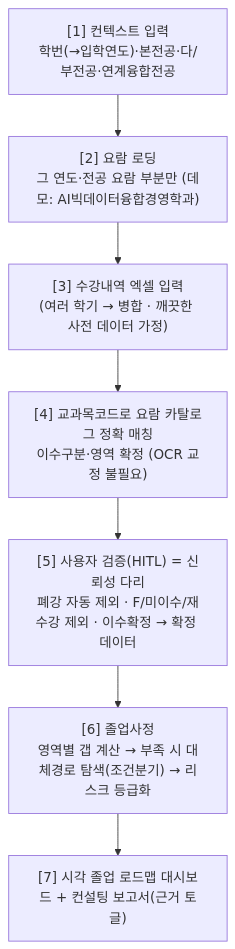
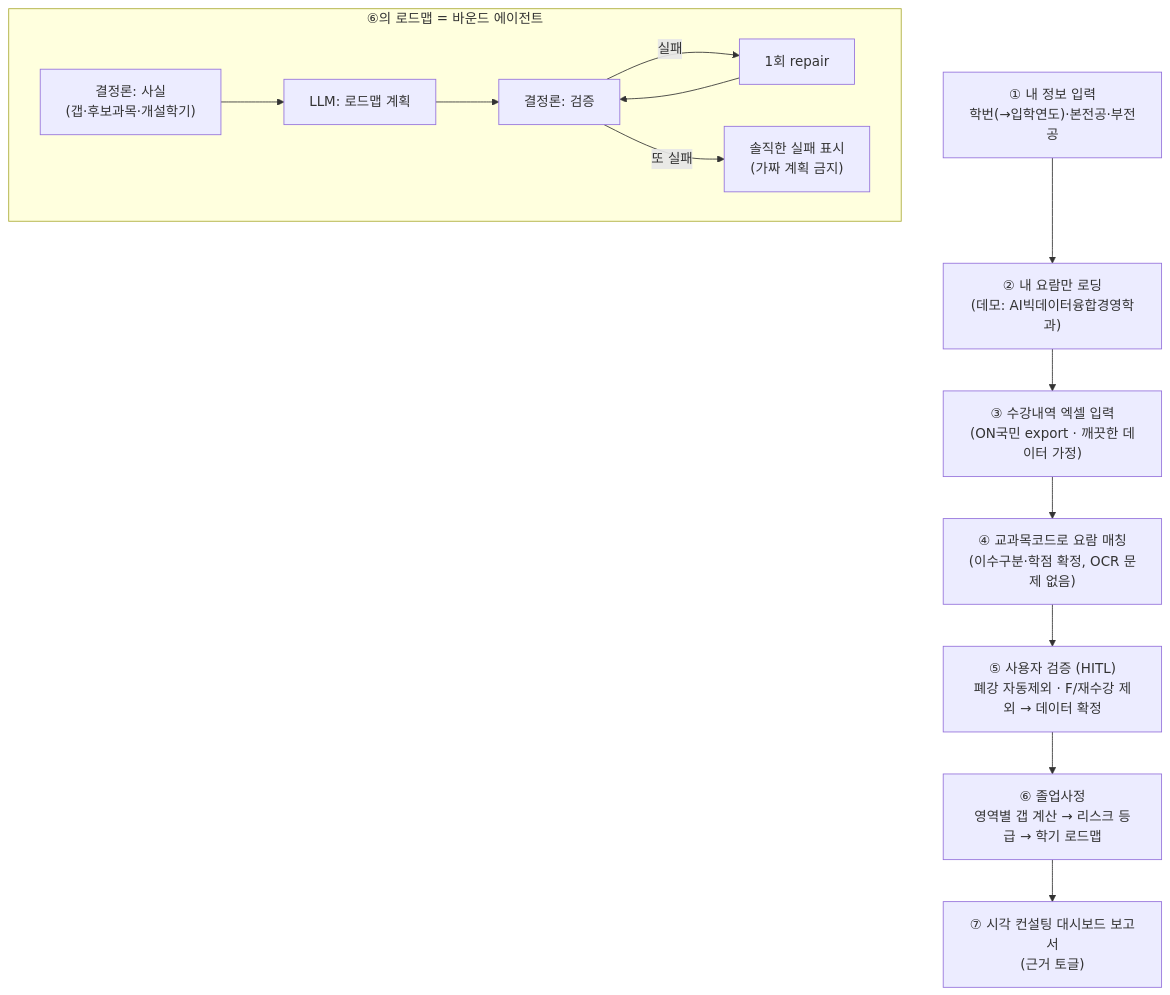
The diagram in docs/graduation_center_direction.md (ChaeYeonKim0204/kmu-campus-life-action-agent), drawn with Mermaid before and after one commit. The commit also changed other lines of this file and 1 other file, not shown here.

````diff
--- a/docs/graduation_center_direction.md
+++ b/docs/graduation_center_direction.md
@@ -62,9 +38,16 @@
 ```mermaid
 flowchart TD
-    C1["[1] 컨텍스트 입력<br/>학번(→입학연도)·본전공·다/부전공·연계융합전공"] --> C2["[2] 요람 로딩<br/>그 연도·전공 요람 부분만 (데모: AI빅데이터융합경영학과)"]
-    C2 --> C3["[3] 수강내역 엑셀 입력<br/>(여러 학기 → 병합 · 깨끗한 사전 데이터 가정)"]
-    C3 --> C4["[4] 교과목코드로 요람 카탈로그 정확 매칭<br/>이수구분·영역 확정 (OCR 교정 불필요)"]
-    C4 --> C5["[5] 사용자 검증(HITL) = 신뢰성 다리<br/>폐강 자동 제외 · F/미이수/재수강 제외 · 이수확정 → 확정 데이터"]
-    C5 --> C6["[6] 졸업사정<br/>영역별 갭 계산 → 부족 시 대체경로 탐색(조건분기) → 리스크 등급화"]
-    C6 --> C7["[7] 시각 졸업 로드맵 대시보드 + 컨설팅 보고서(근거 토글)"]
+    A["① 내 정보 입력<br/>학번(→입학연도)·본전공·부전공"] --> B["② 내 요람만 로딩<br/>(데모: AI빅데이터융합경영학과)"]
+    B --> C["③ 수강내역 엑셀 입력<br/>(ON국민 export · 깨끗한 데이터 가정)"]
+    C --> D["④ 교과목코드로 요람 매칭<br/>(이수구분·학점 확정, OCR 문제 없음)"]
+    D --> E["⑤ 사용자 검증 (HITL)<br/>폐강 자동제외 · F/재수강 제외 → 데이터 확정"]
+    E --> F["⑥ 졸업사정<br/>영역별 갭 계산 → 리스크 등급 → 학기 로드맵"]
+    F --> G["⑦ 시각 컨설팅 대시보드 보고서<br/>(근거 토글)"]
+
+    subgraph 핵심["⑥의 로드맵 = 바운드 에이전트"]
+        direction LR
+        H["결정론: 사실<br/>(갭·후보과목·개설학기)"] --> I["LLM: 로드맵 계획"] --> J["결정론: 검증"]
+        J -->|실패| K["1회 repair"] --> J
+        J -->|또 실패| L["솔직한 실패 표시<br/>(가짜 계획 금지)"]
+    end
 ```
````
